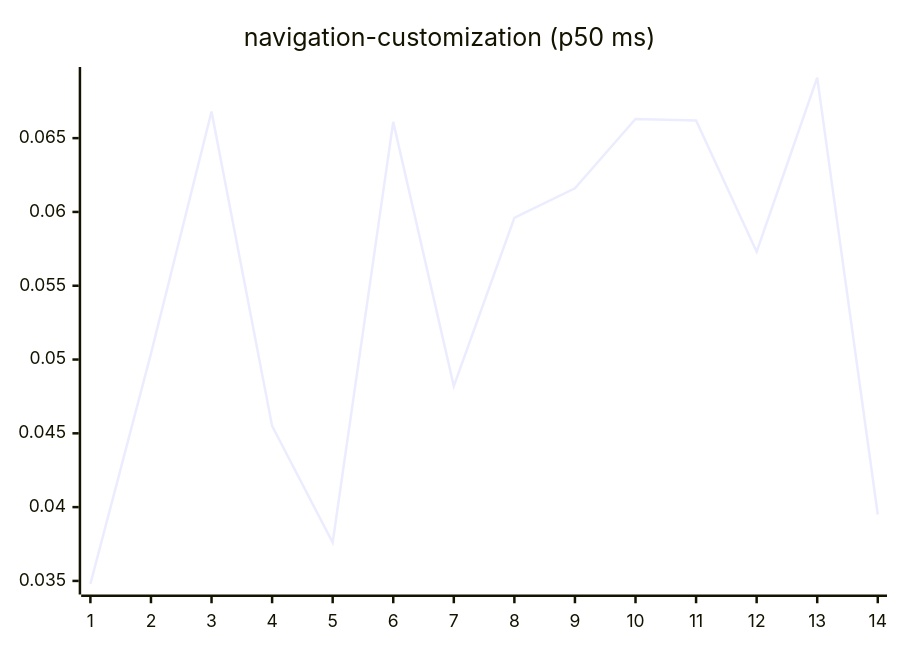
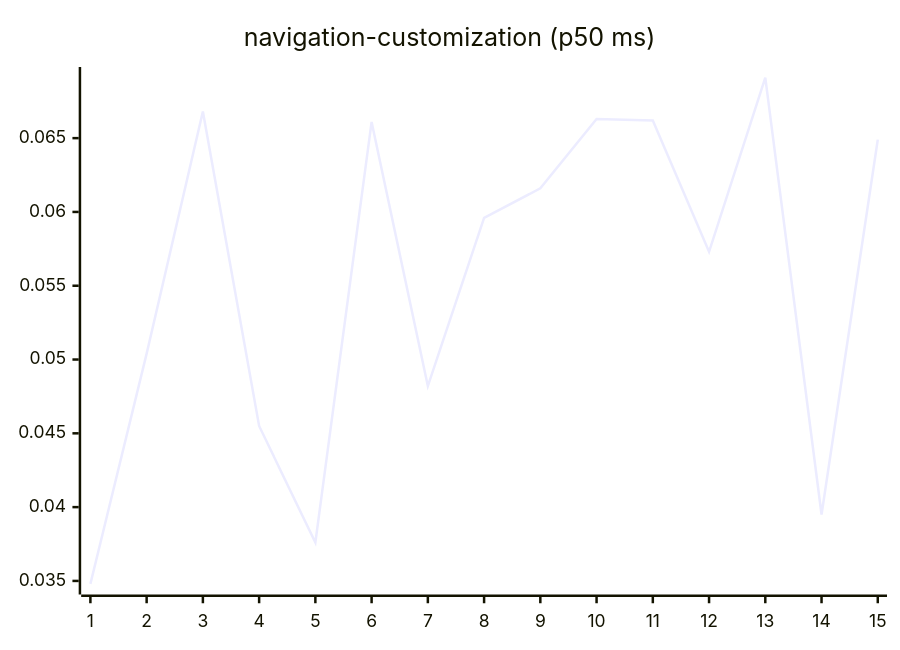
Diagram 15 of 27 in README.md (josha/Facet), drawn with Mermaid before and after one commit. The commit also changed other lines of this file and 2 other files, not shown here.

````diff
--- a/README.md
+++ b/README.md
@@ -161,6 +161,6 @@
 ```mermaid
 xychart-beta
     title "navigation-customization (p50 ms)"
-    x-axis 1 --> 14
-    line [0.0348, 0.0504, 0.0668, 0.0455, 0.0376, 0.0661, 0.0482, 0.0596, 0.0616, 0.0663, 0.0662, 0.0573, 0.0691, 0.0395]
+    x-axis 1 --> 15
+    line [0.0348, 0.0504, 0.0668, 0.0455, 0.0376, 0.0661, 0.0482, 0.0596, 0.0616, 0.0663, 0.0662, 0.0573, 0.0691, 0.0395, 0.0649]
 ```
````
